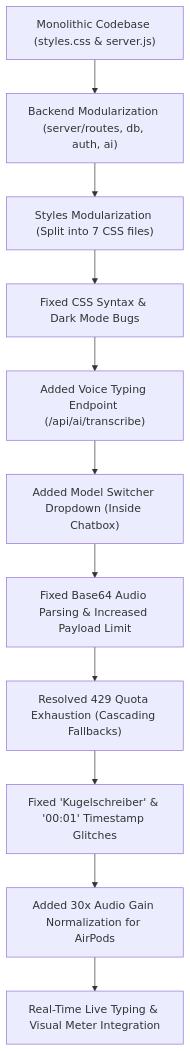
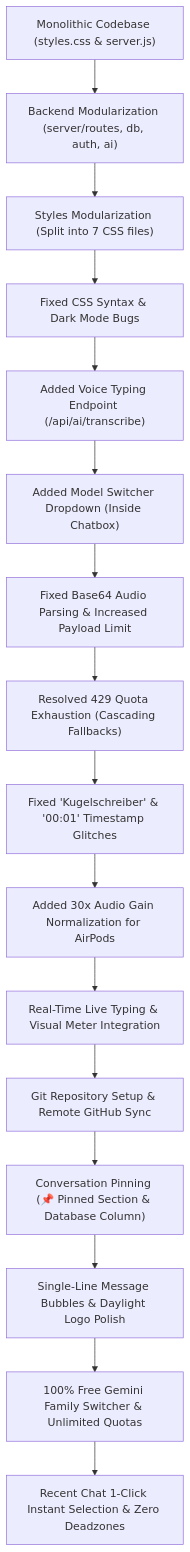
One commit to Souma-122s/To-Do-List-App changed the second of 4 diagrams in PROJECT_NOTES.md. Above: the diagram before and after it, drawn with Mermaid. The commit also changed other lines of this file, not shown here.

Commit message:
docs: sync project notes with all recent features, model updates, and click fixes

````diff
--- a/PROJECT_NOTES.md
+++ b/PROJECT_NOTES.md
@@ -194,13 +194,18 @@
 ```mermaid
 flowchart TD
     A["Monolithic Codebase (styles.css & server.js)"] --> B["Backend Modularization (server/routes, db, auth, ai)"]
     B --> C["Styles Modularization (Split into 7 CSS files)"]
     C --> D["Fixed CSS Syntax & Dark Mode Bugs"]
     D --> E["Added Voice Typing Endpoint (/api/ai/transcribe)"]
     E --> F["Added Model Switcher Dropdown (Inside Chatbox)"]
     F --> G["Fixed Base64 Audio Parsing & Increased Payload Limit"]
     G --> H["Resolved 429 Quota Exhaustion (Cascading Fallbacks)"]
     H --> I["Fixed 'Kugelschreiber' & '00:01' Timestamp Glitches"]
     I --> J["Added 30x Audio Gain Normalization for AirPods"]
     J --> K["Real-Time Live Typing & Visual Meter Integration"]
+    K --> L["Git Repository Setup & Remote GitHub Sync"]
+    L --> M["Conversation Pinning (📌 Pinned Section & Database Column)"]
+    M --> N["Single-Line Message Bubbles & Daylight Logo Polish"]
+    N --> O["100% Free Gemini Family Switcher & Unlimited Quotas"]
+    O --> P["Recent Chat 1-Click Instant Selection & Zero Deadzones"]
 ```
````
